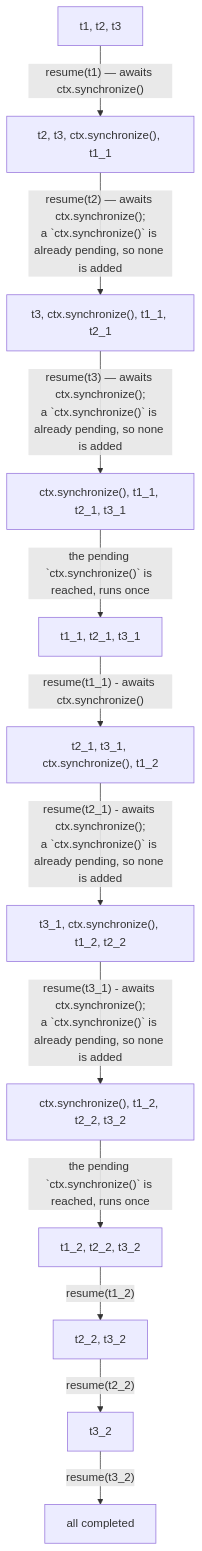
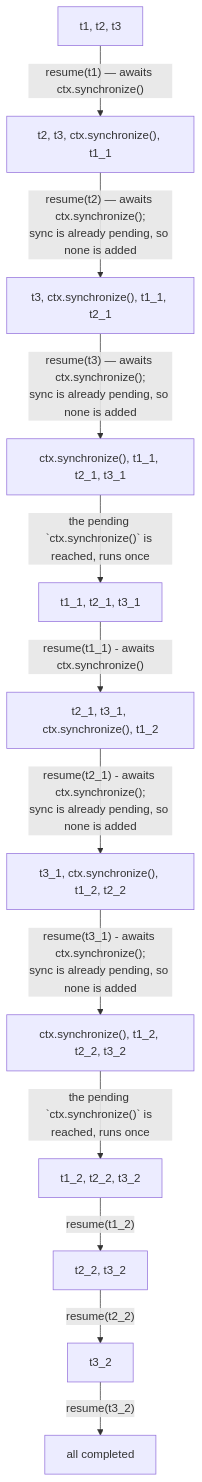
One commit to Mr-Leshiy/mojo-gpu-async changed the diagram in README.md. Above: the diagram before and after it, drawn with Mermaid.

````diff
--- a/README.md
+++ b/README.md
@@ -75,18 +75,18 @@
 ```mermaid
 flowchart TD
     S0["t1, t2, t3"]
 
     S0 -->|"resume(t1) — awaits ctx.synchronize()"| S1["t2, t3, ctx.synchronize(), t1_1"]
-    S1 -->|"resume(t2) — awaits ctx.synchronize();<br/>a `ctx.synchronize()` is already pending, so none is added"| S2["t3, ctx.synchronize(), t1_1, t2_1"]
-    S2 -->|"resume(t3) — awaits ctx.synchronize();<br/>a `ctx.synchronize()` is already pending, so none is added"| S3["ctx.synchronize(), t1_1, t2_1, t3_1"]
+    S1 -->|"resume(t2) — awaits ctx.synchronize();<br/>sync is already pending, so none is added"| S2["t3, ctx.synchronize(), t1_1, t2_1"]
+    S2 -->|"resume(t3) — awaits ctx.synchronize();<br/>sync is already pending, so none is added"| S3["ctx.synchronize(), t1_1, t2_1, t3_1"]
     S3 -->|"the pending `ctx.synchronize()` is reached, runs once"| S4["t1_1, t2_1, t3_1"]
 
     S4 -->|"resume(t1_1) - awaits ctx.synchronize()"| S5["t2_1, t3_1, ctx.synchronize(), t1_2"]
-    S5 -->|"resume(t2_1) - awaits ctx.synchronize();<br/>a `ctx.synchronize()` is already pending, so none is added"| S6["t3_1, ctx.synchronize(), t1_2, t2_2"]
-    S6 -->|"resume(t3_1) - awaits ctx.synchronize();<br/>a `ctx.synchronize()` is already pending, so none is added"| S7["ctx.synchronize(), t1_2, t2_2, t3_2"]
+    S5 -->|"resume(t2_1) - awaits ctx.synchronize();<br/>sync is already pending, so none is added"| S6["t3_1, ctx.synchronize(), t1_2, t2_2"]
+    S6 -->|"resume(t3_1) - awaits ctx.synchronize();<br/>sync is already pending, so none is added"| S7["ctx.synchronize(), t1_2, t2_2, t3_2"]
     S7 -->|"the pending `ctx.synchronize()` is reached, runs once"| S8["t1_2, t2_2, t3_2"]
 
     S8 -->|"resume(t1_2)"| S9["t2_2, t3_2"]
     S9 -->|"resume(t2_2)"| S10["t3_2"]
     S10 -->|"resume(t3_2)"| S11["all completed"]
 ```
````
